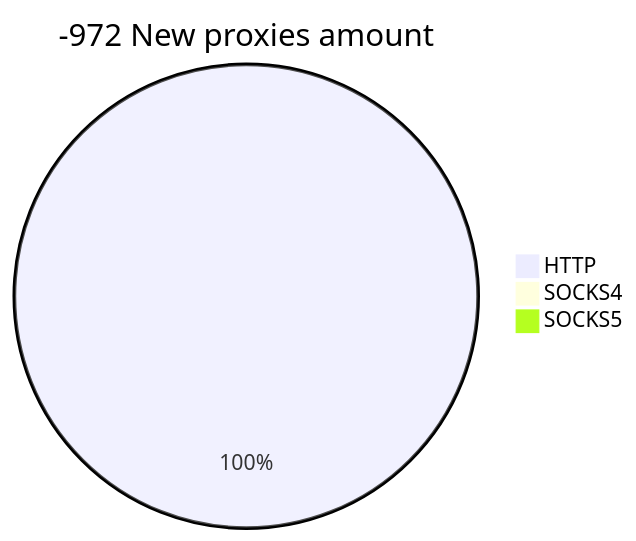
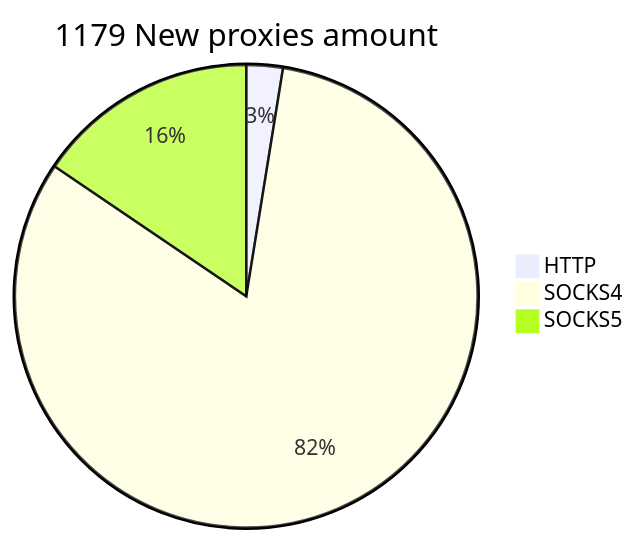
Before and after one commit to cutipu/proxylist: the second of 2 diagrams in README.md, drawn with Mermaid. The commit also changed other lines of this file, not shown here.

````diff
--- a/README.md
+++ b/README.md
@@ -10,6 +10,6 @@
 ```mermaid
-pie title -972 New proxies amount
-    "HTTP" : 184
-    "SOCKS4" : 0
-    "SOCKS5" : 0
+pie title 1179 New proxies amount
+    "HTTP" : 30
+    "SOCKS4" : 966
+    "SOCKS5" : 183
 ```
````
